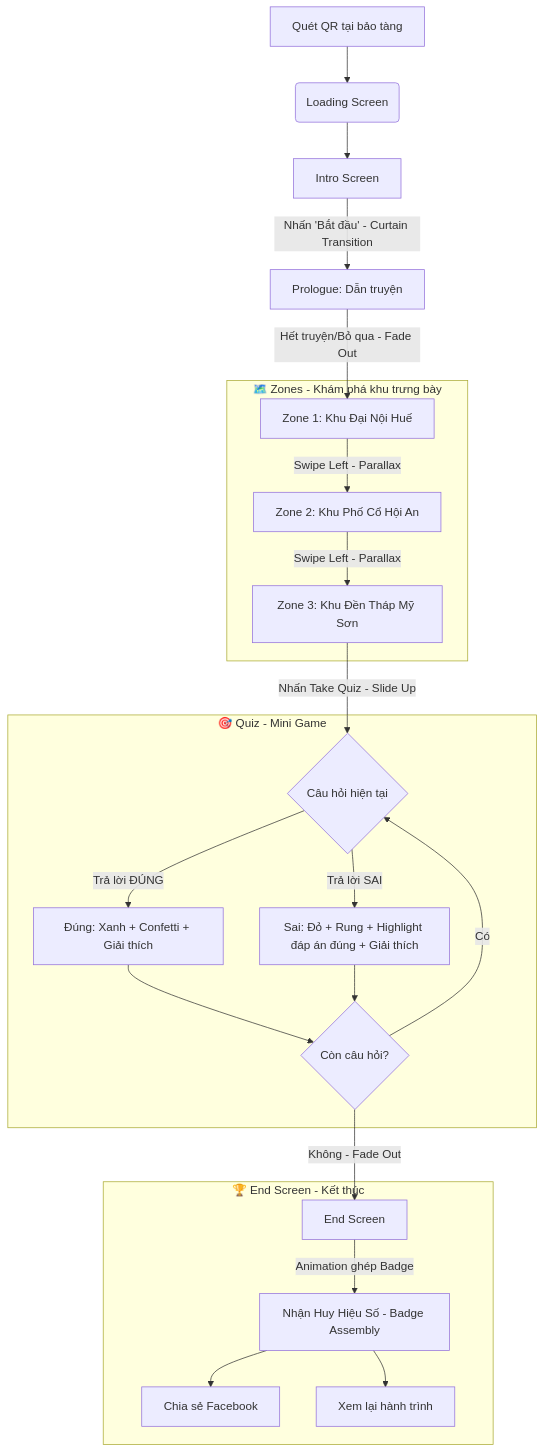
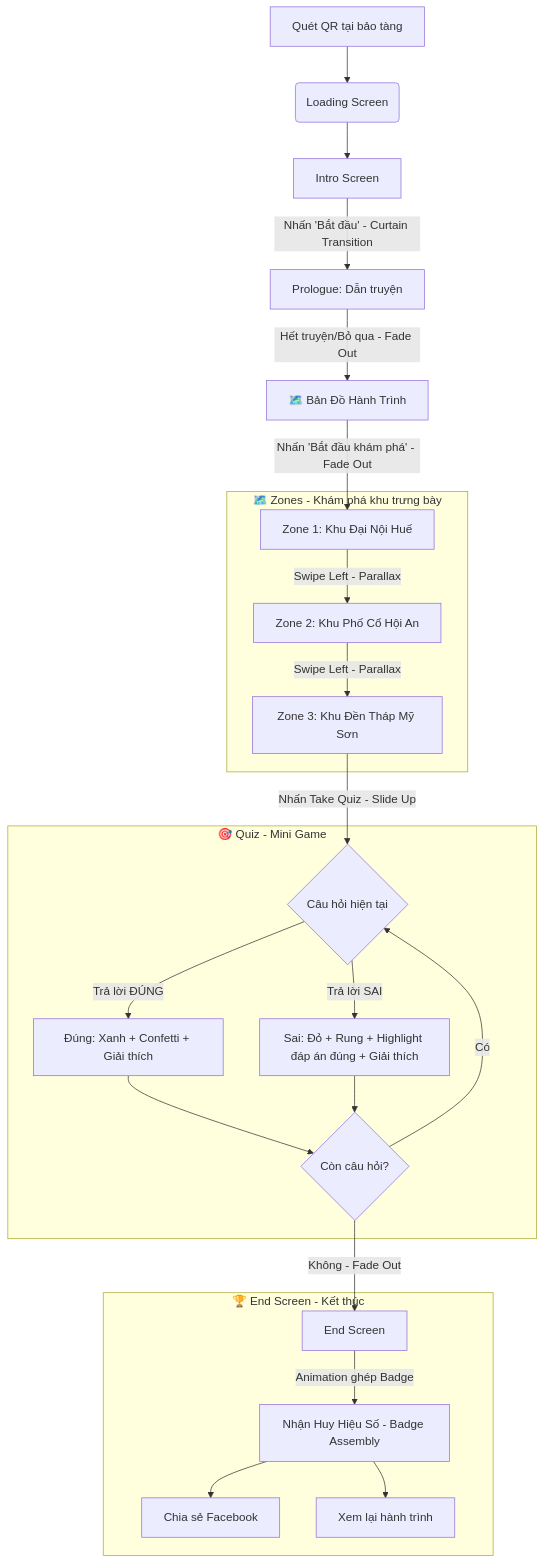
One commit to moonshineTP/Heritage-Realm changed the diagram in flow.md. Above: the diagram before and after it, drawn with Mermaid. The commit also changed other lines of this file and 5 other files, not shown here.

````diff
--- a/flow.md
+++ b/flow.md
@@ -9,41 +9,41 @@
 ```mermaid
 graph TD
     A[Quét QR tại bảo tàng] --> LOAD(Loading Screen)
     LOAD --> INTRO[Intro Screen]
     INTRO -- Nhấn 'Bắt đầu' - Curtain Transition --> PRO[Prologue: Dẫn truyện]
+    PRO -- Hết truyện/Bỏ qua - Fade Out --> MAP[🗺️ Bản Đồ Hành Trình]
+    MAP -- Nhấn 'Bắt đầu khám phá' - Fade Out --> Z1
 
     subgraph ZONES[" 🗺️ Zones - Khám phá khu trưng bày "]
         Z1[Zone 1: Khu Đại Nội Huế]
         Z2[Zone 2: Khu Phố Cổ Hội An]
         Z3[Zone 3: Khu Đền Tháp Mỹ Sơn]
         Z1 -- Swipe Left - Parallax --> Z2
         Z2 -- Swipe Left - Parallax --> Z3
     end
-
-    PRO -- Hết truyện/Bỏ qua - Fade Out --> Z1
     Z3 -- Nhấn Take Quiz - Slide Up --> QUIZ
 
     subgraph QUIZ_FLOW[" 🎯 Quiz - Mini Game "]
         QUIZ{Câu hỏi hiện tại}
         Q_OK[Đúng: Xanh + Confetti + Giải thích]
         Q_ERR[Sai: Đỏ + Rung + Highlight đáp án đúng + Giải thích]
         Q_NEXT{Còn câu hỏi?}
         QUIZ -- Trả lời ĐÚNG --> Q_OK
         QUIZ -- Trả lời SAI --> Q_ERR
         Q_OK --> Q_NEXT
         Q_ERR --> Q_NEXT
         Q_NEXT -- Có --> QUIZ
     end
 
     subgraph END_FLOW[" 🏆 End Screen - Kết thúc "]
         END[End Screen]
         BADGE[Nhận Huy Hiệu Số - Badge Assembly]
         SHARE[Chia sẻ Facebook]
         REPLAY[Xem lại hành trình]
         END -- Animation ghép Badge --> BADGE
         BADGE --> SHARE
         BADGE --> REPLAY
     end
 
     Q_NEXT -- Không - Fade Out --> END
 ```
````
